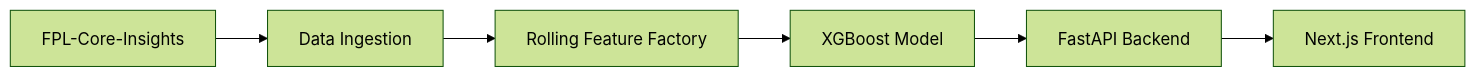
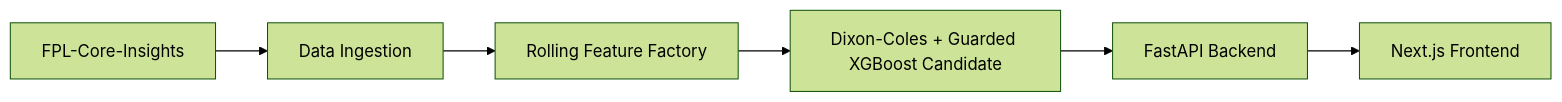
The diagram in README.md (GiwinEdwin09/FPL-Predictor), drawn with Mermaid (forest theme) before and after one commit. The commit also changed other lines of this file and 36 other files, not shown here.

````diff
--- a/README.md
+++ b/README.md
@@ -22,8 +22,8 @@
 ```mermaid
 flowchart LR
     A["FPL-Core-Insights"] --> B["Data Ingestion"]
     B --> C["Rolling Feature Factory"]
-    C --> D["XGBoost Model"]
+    C --> D["Dixon-Coles + Guarded XGBoost Candidate"]
     D --> E["FastAPI Backend"]
     E --> F["Next.js Frontend"]
 ```
````
